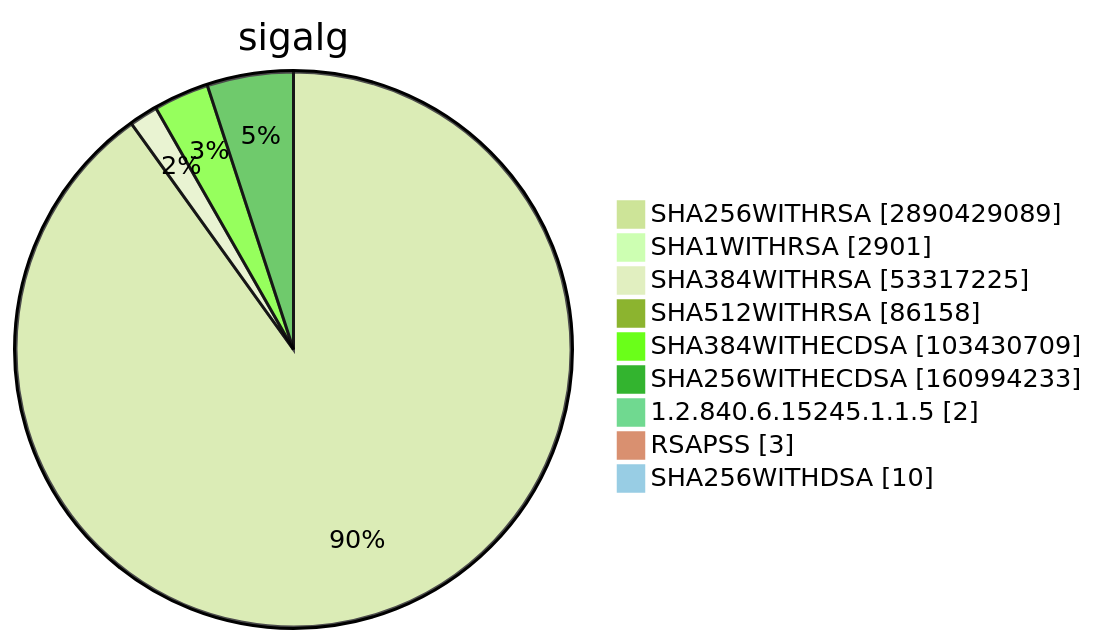
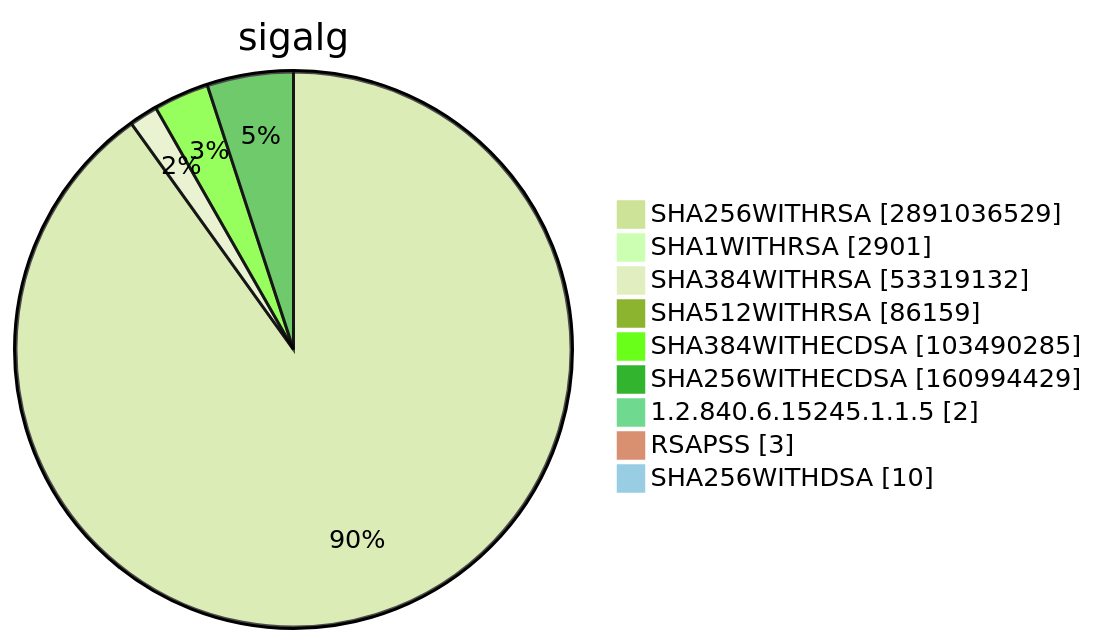
Before and after one commit to christiankrug/ctmonitor_visualization: diagram 15 of 15 in TOTAL/README.md, drawn with Mermaid (forest theme). The commit also changed other lines of this file, not shown here.

````diff
--- a/TOTAL/README.md
+++ b/TOTAL/README.md
@@ -6207,13 +6207,13 @@
 ```mermaid
 pie showData
 title sigalg
-"SHA256WITHRSA" :2890429089
+"SHA256WITHRSA" :2891036529
 "SHA1WITHRSA" :2901
-"SHA384WITHRSA" :53317225
-"SHA512WITHRSA" :86158
-"SHA384WITHECDSA" :103430709
-"SHA256WITHECDSA" :160994233
+"SHA384WITHRSA" :53319132
+"SHA512WITHRSA" :86159
+"SHA384WITHECDSA" :103490285
+"SHA256WITHECDSA" :160994429
 "1.2.840.6.15245.1.1.5" :2
 "RSAPSS" :3
 "SHA256WITHDSA" :10
 ```
````
